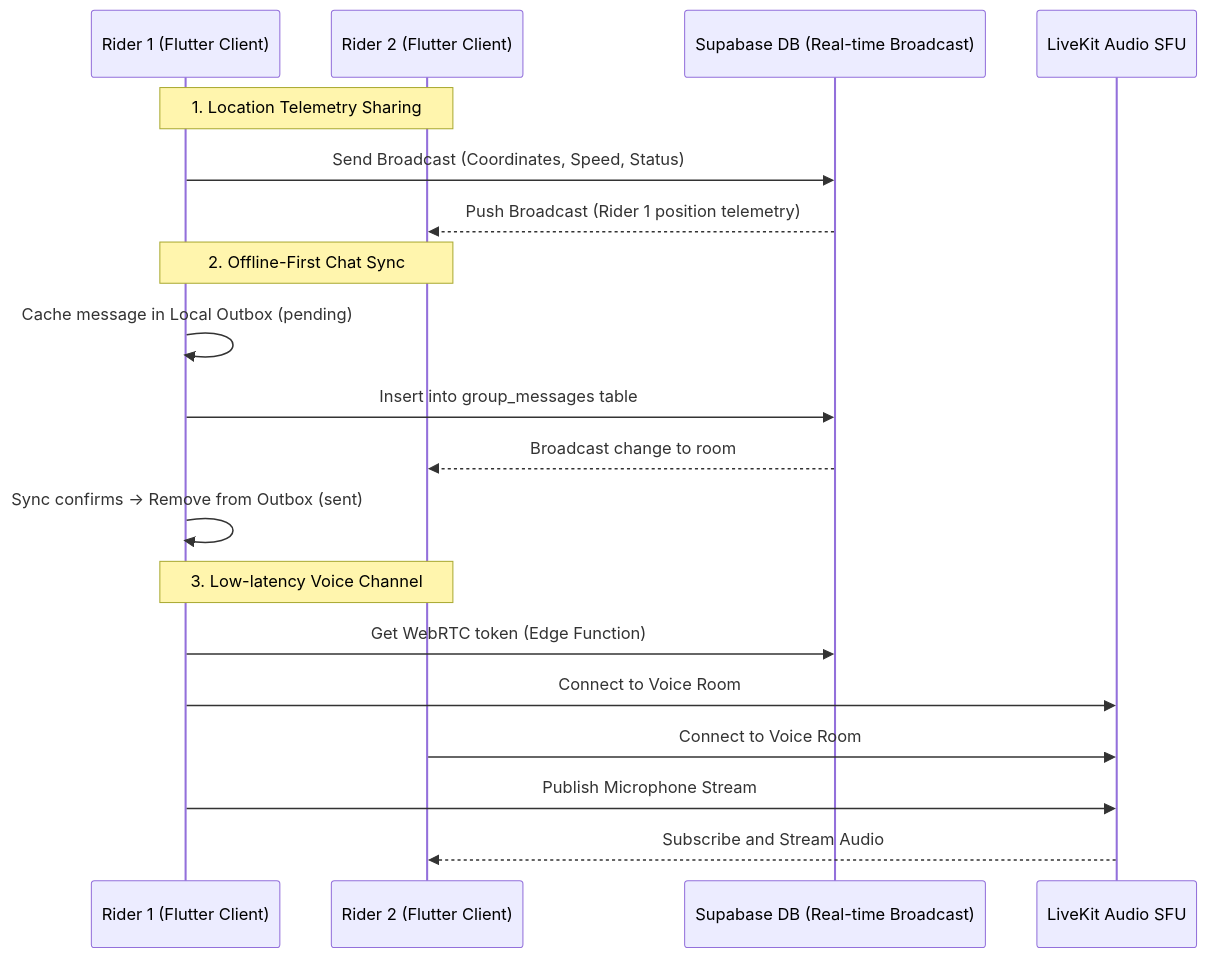
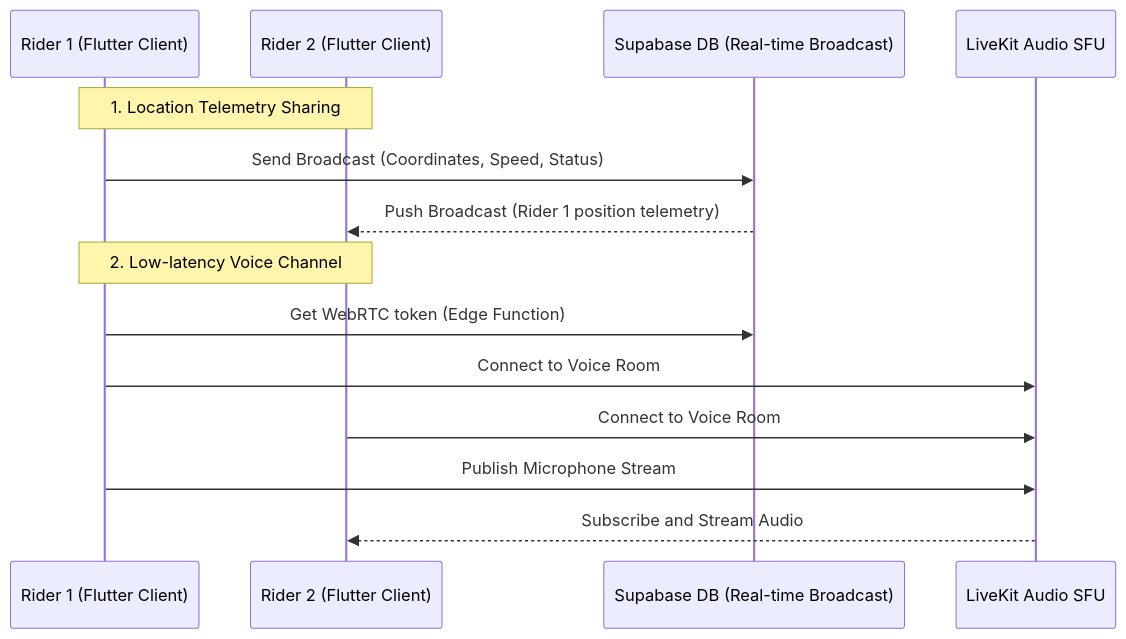
Before and after one commit to Aldrin-Joan/QUANTANE: the diagram in Docs/group_ride.md, drawn with Mermaid. The commit also changed other lines of this file and 21 other files, not shown here.

Commit message:
Group Chat Removed

````diff
--- a/Docs/group_ride.md
+++ b/Docs/group_ride.md
@@ -9,24 +9,18 @@
 ```mermaid
 sequenceDiagram
     participant C1 as Rider 1 (Flutter Client)
     participant C2 as Rider 2 (Flutter Client)
     participant DB as Supabase DB (Real-time Broadcast)
     participant LK as LiveKit Audio SFU
 
     Note over C1, C2: 1. Location Telemetry Sharing
     C1->>DB: Send Broadcast (Coordinates, Speed, Status)
     DB-->>C2: Push Broadcast (Rider 1 position telemetry)
-    
-    Note over C1, C2: 2. Offline-First Chat Sync
-    C1->>C1: Cache message in Local Outbox (pending)
-    C1->>DB: Insert into group_messages table
-    DB-->>C2: Broadcast change to room
-    C1->>C1: Sync confirms -> Remove from Outbox (sent)
 
-    Note over C1, C2: 3. Low-latency Voice Channel
+    Note over C1, C2: 2. Low-latency Voice Channel
     C1->>DB: Get WebRTC token (Edge Function)
     C1->>LK: Connect to Voice Room
     C2->>LK: Connect to Voice Room
     C1->>LK: Publish Microphone Stream
     LK-->>C2: Subscribe and Stream Audio
 ```
````
